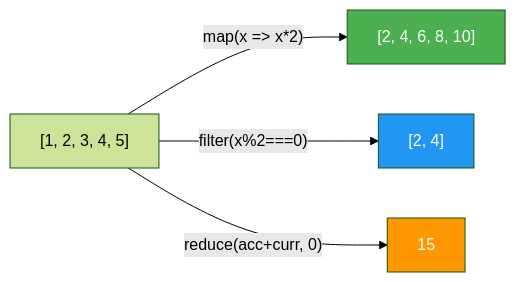
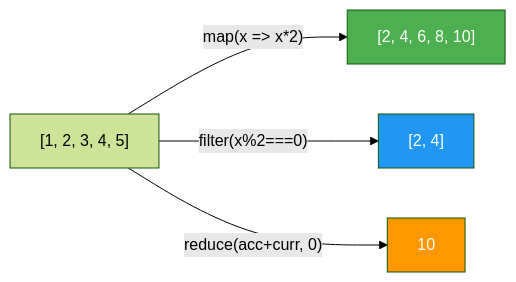
One commit to RajkishoreJena30/StudyNote changed the third of 6 diagrams in JavaScript/JavaScript-Core-Concepts-Part-2.md. Above: the diagram before and after it, drawn with Mermaid (forest theme). The commit also changed other lines of this file, not shown here.

````diff
--- a/JavaScript/JavaScript-Core-Concepts-Part-2.md
+++ b/JavaScript/JavaScript-Core-Concepts-Part-2.md
@@ -366,9 +452,9 @@
 ```mermaid
 flowchart LR
     A["[1, 2, 3, 4, 5]"] -->|"map(x => x*2)"| B["[2, 4, 6, 8, 10]"]
     A -->|"filter(x%2===0)"| C["[2, 4]"]
-    A -->|"reduce(acc+curr, 0)"| D["15"]
+    A -->|"reduce(acc+curr, 0)"| D["10"]
     style B fill:#4CAF50,color:#fff
     style C fill:#2196F3,color:#fff
     style D fill:#FF9800,color:#fff
 ```
````
